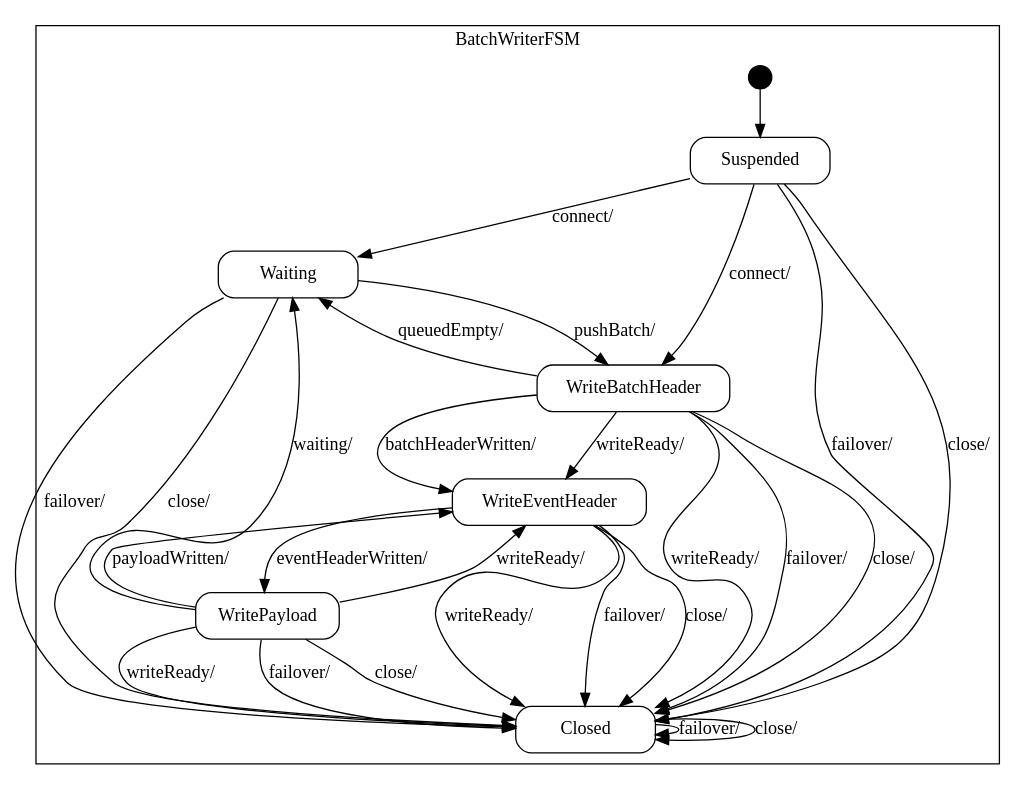
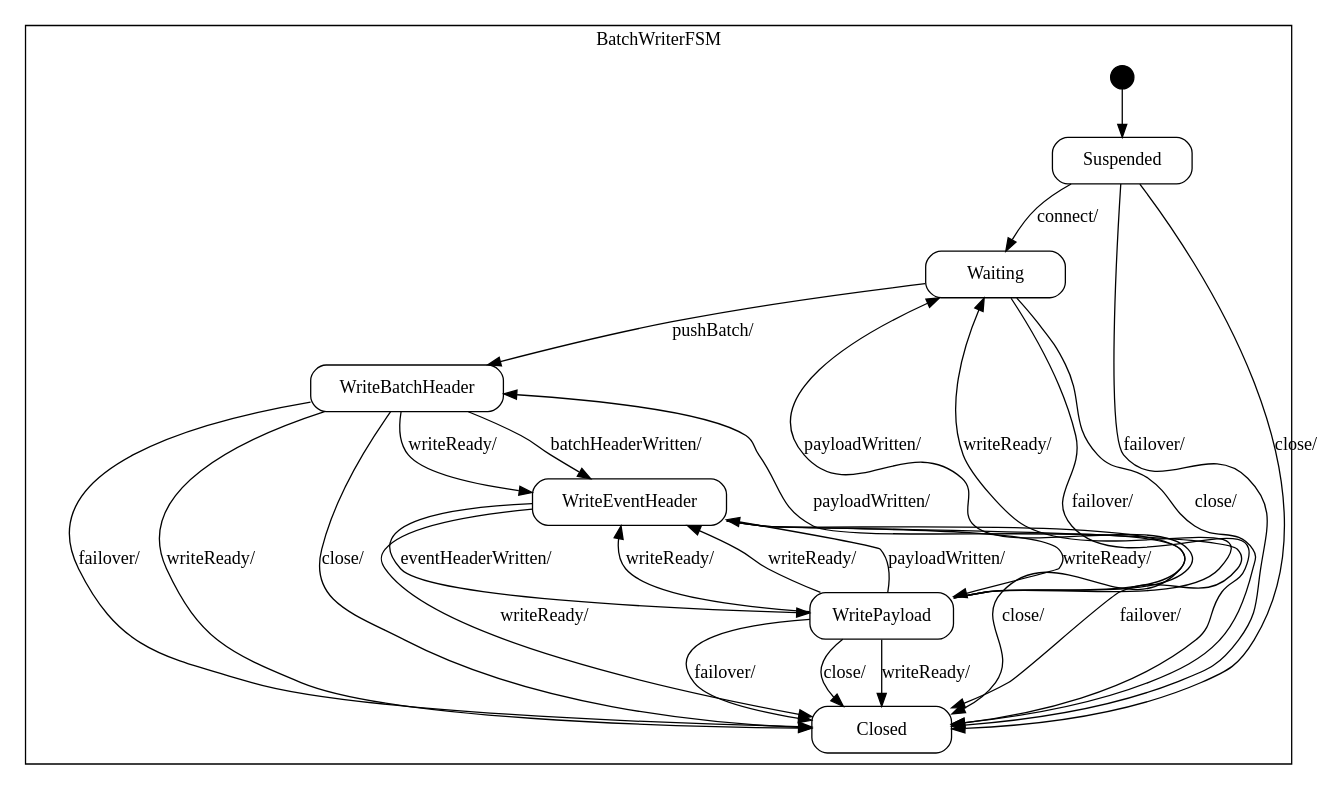
The diagram in producer/doc/BatchWriter_sm.dot (vmehra-sfdc/Ouroboros), drawn with Graphviz before and after one commit. The commit also changed 26 other files, not shown here.

```diff
--- a/producer/doc/BatchWriter_sm.dot
+++ b/producer/doc/BatchWriter_sm.dot
@@ -1,117 +1,117 @@
 digraph BatchWriter {
 
     node
         [shape=Mrecord width=1.5];
 
     subgraph cluster_BatchWriterFSM {
 
         label="BatchWriterFSM";
 
         //
         // States (Nodes)
         //
 
         "BatchWriterFSM::Suspended"
             [label="{Suspended}"];
 
         "BatchWriterFSM::Waiting"
             [label="{Waiting}"];
 
         "BatchWriterFSM::WriteBatchHeader"
             [label="{WriteBatchHeader}"];
 
         "BatchWriterFSM::WriteEventHeader"
             [label="{WriteEventHeader}"];
 
         "BatchWriterFSM::WritePayload"
             [label="{WritePayload}"];
 
         "BatchWriterFSM::Closed"
             [label="{Closed}"];
 
         "%start"
             [label="" shape=circle style=filled fillcolor=black width=0.25];
 
         //
         // Transitions (Edges)
         //
 
-        "BatchWriterFSM::Suspended" -> "BatchWriterFSM::WriteBatchHeader"
-            [label="connect/\l"];
-
         "BatchWriterFSM::Suspended" -> "BatchWriterFSM::Waiting"
             [label="connect/\l"];
 
         "BatchWriterFSM::Suspended" -> "BatchWriterFSM::Closed"
             [label="failover/\l"];
 
         "BatchWriterFSM::Suspended" -> "BatchWriterFSM::Closed"
             [label="close/\l"];
 
         "BatchWriterFSM::Waiting" -> "BatchWriterFSM::WriteBatchHeader"
             [label="pushBatch/\l"];
 
         "BatchWriterFSM::Waiting" -> "BatchWriterFSM::Closed"
             [label="failover/\l"];
 
         "BatchWriterFSM::Waiting" -> "BatchWriterFSM::Closed"
             [label="close/\l"];
 
         "BatchWriterFSM::WriteBatchHeader" -> "BatchWriterFSM::Closed"
             [label="writeReady/\l"];
 
         "BatchWriterFSM::WriteBatchHeader" -> "BatchWriterFSM::WriteEventHeader"
             [label="writeReady/\l"];
 
         "BatchWriterFSM::WriteBatchHeader" -> "BatchWriterFSM::WriteEventHeader"
             [label="batchHeaderWritten/\l"];
 
-        "BatchWriterFSM::WriteBatchHeader" -> "BatchWriterFSM::Waiting"
-            [label="queuedEmpty/\l"];
-
         "BatchWriterFSM::WriteBatchHeader" -> "BatchWriterFSM::Closed"
             [label="failover/\l"];
 
         "BatchWriterFSM::WriteBatchHeader" -> "BatchWriterFSM::Closed"
             [label="close/\l"];
 
         "BatchWriterFSM::WriteEventHeader" -> "BatchWriterFSM::Closed"
+            [label="writeReady/\l"];
+
+        "BatchWriterFSM::WriteEventHeader" -> "BatchWriterFSM::WritePayload"
             [label="writeReady/\l"];
 
         "BatchWriterFSM::WriteEventHeader" -> "BatchWriterFSM::WritePayload"
             [label="eventHeaderWritten/\l"];
 
         "BatchWriterFSM::WriteEventHeader" -> "BatchWriterFSM::Closed"
             [label="failover/\l"];
 
         "BatchWriterFSM::WriteEventHeader" -> "BatchWriterFSM::Closed"
             [label="close/\l"];
 
+        "BatchWriterFSM::WritePayload" -> "BatchWriterFSM::Closed"
+            [label="writeReady/\l"];
+
         "BatchWriterFSM::WritePayload" -> "BatchWriterFSM::WriteEventHeader"
             [label="writeReady/\l"];
 
-        "BatchWriterFSM::WritePayload" -> "BatchWriterFSM::Closed"
+        "BatchWriterFSM::WritePayload" -> "BatchWriterFSM::WriteEventHeader"
+            [label="writeReady/\l"];
+
+        "BatchWriterFSM::WritePayload" -> "BatchWriterFSM::Waiting"
             [label="writeReady/\l"];
 
         "BatchWriterFSM::WritePayload" -> "BatchWriterFSM::WriteEventHeader"
             [label="payloadWritten/\l"];
 
+        "BatchWriterFSM::WritePayload" -> "BatchWriterFSM::WriteBatchHeader"
+            [label="payloadWritten/\l"];
+
         "BatchWriterFSM::WritePayload" -> "BatchWriterFSM::Waiting"
-            [label="waiting/\l"];
+            [label="payloadWritten/\l"];
 
         "BatchWriterFSM::WritePayload" -> "BatchWriterFSM::Closed"
             [label="failover/\l"];
 
         "BatchWriterFSM::WritePayload" -> "BatchWriterFSM::Closed"
             [label="close/\l"];
 
-        "BatchWriterFSM::Closed" -> "BatchWriterFSM::Closed"
-            [label="failover/\l"];
-
-        "BatchWriterFSM::Closed" -> "BatchWriterFSM::Closed"
-            [label="close/\l"];
-
         "%start" -> "BatchWriterFSM::Suspended"
     }
 
 }
```
